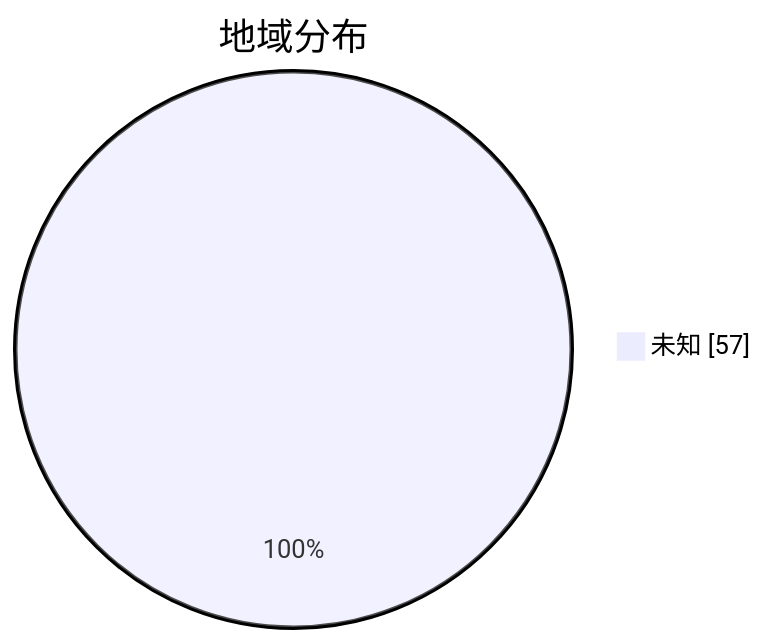
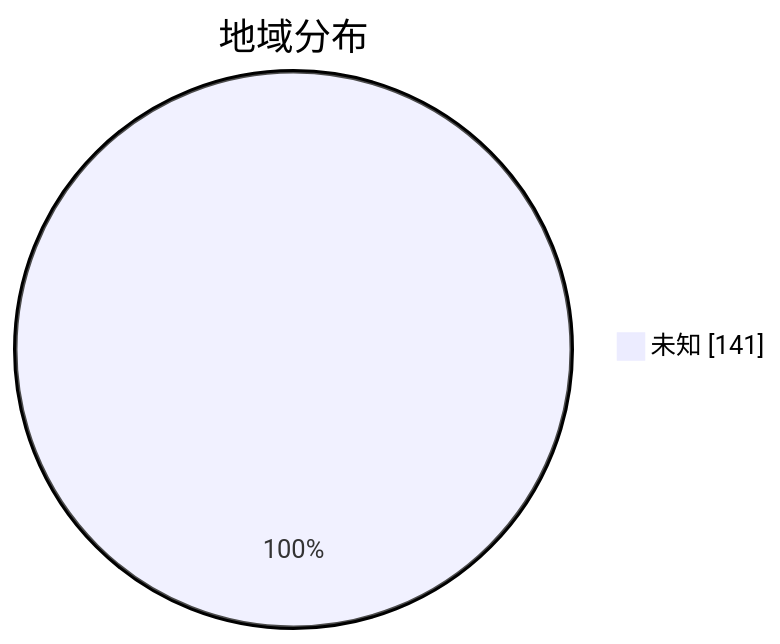
One commit to qjlxg/airport changed the second of 3 diagrams in subs/statistics/tested_within.md. Above: the diagram before and after it, drawn with Mermaid. The commit also changed other lines of this file and 2 other files, not shown here.

````diff
--- a/subs/statistics/tested_within.md
+++ b/subs/statistics/tested_within.md
@@ -11,5 +11,5 @@
 ```mermaid
 pie showData
 title 地域分布
-"未知" : 57
+"未知" : 141
 ```
````
